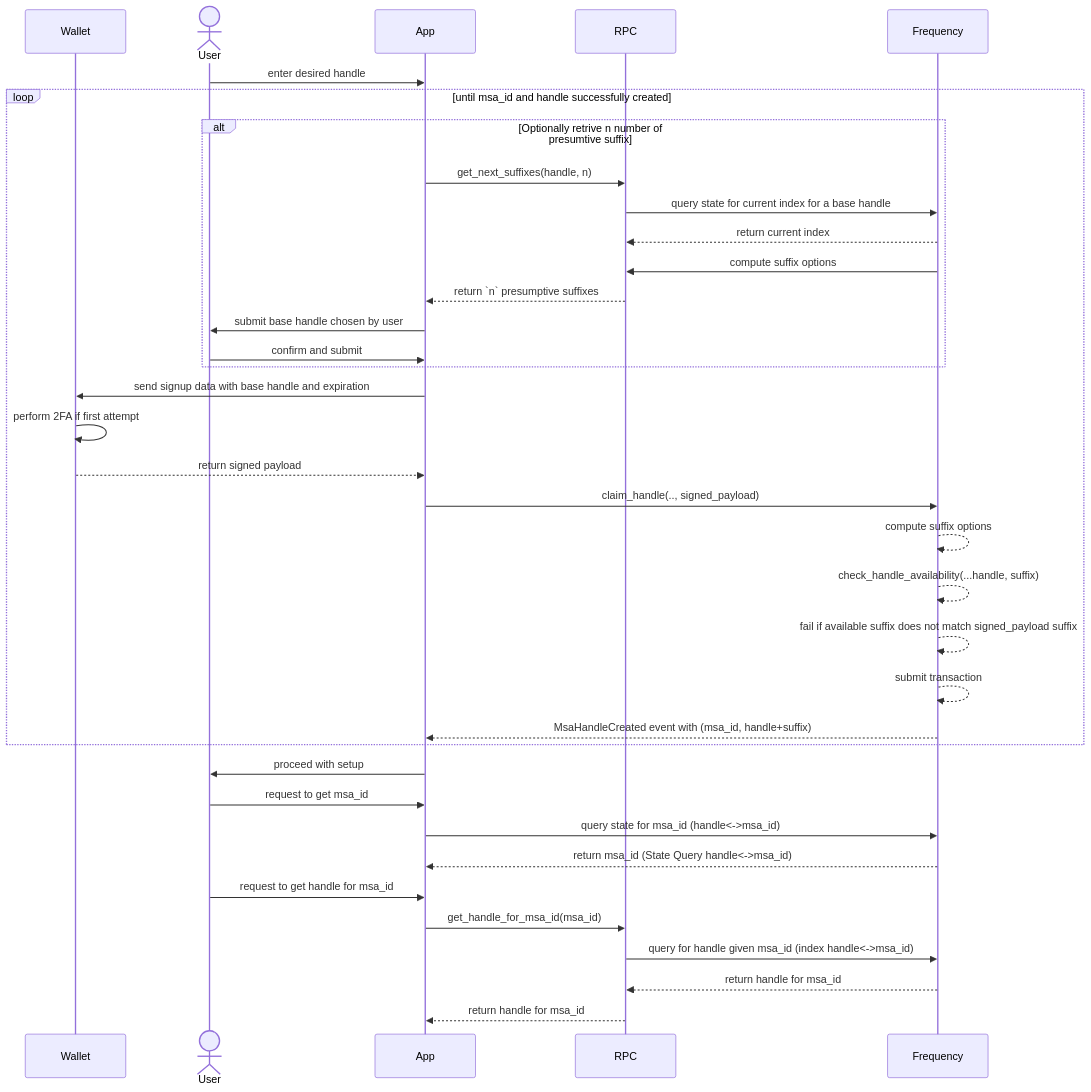
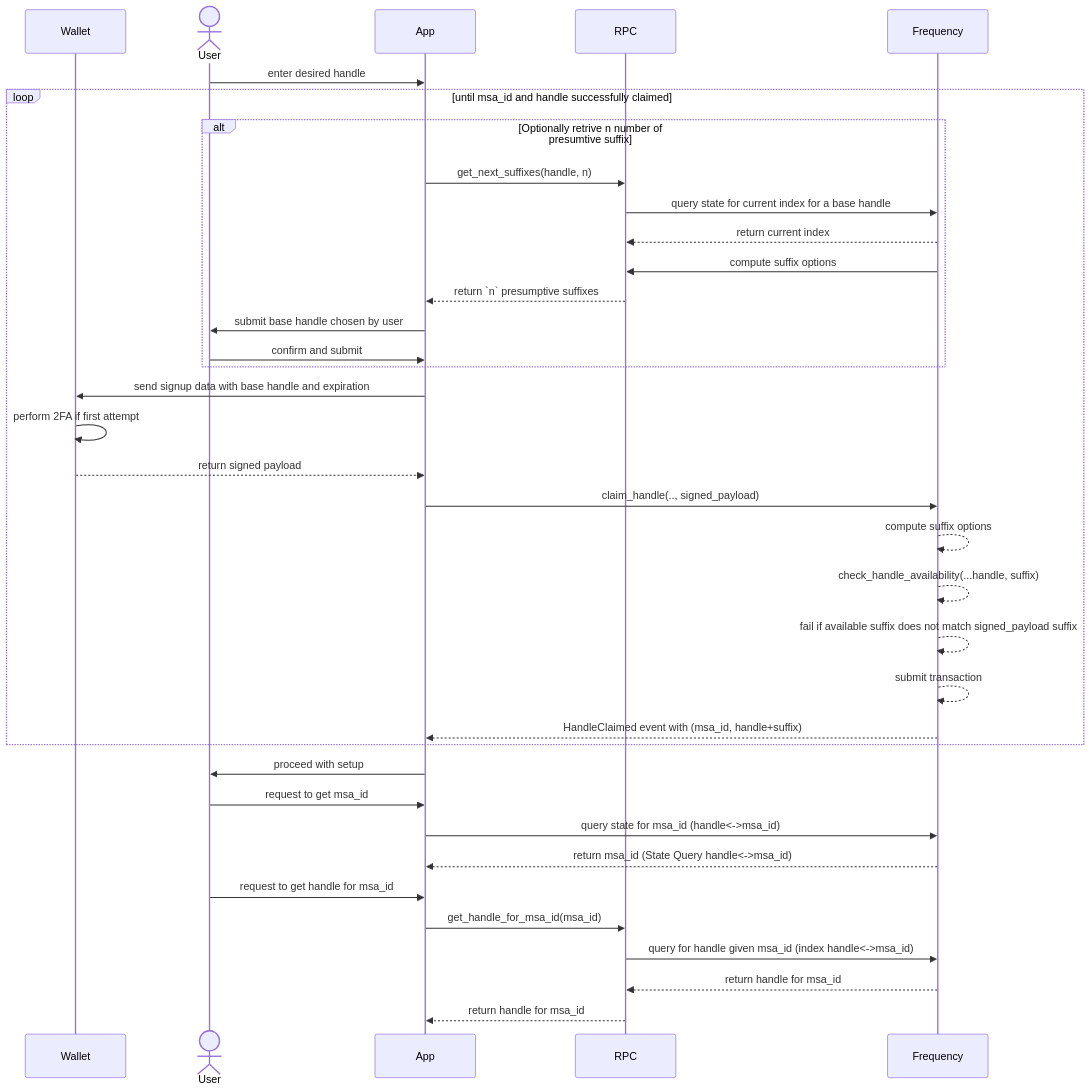
One commit to frequency-chain/frequency changed the diagram in designdocs/user-handles.md. Above: the diagram before and after it, drawn with Mermaid. The commit also changed other lines of this file, not shown here.

Commit message:
match events

````diff
--- a/designdocs/user-handles.md
+++ b/designdocs/user-handles.md
@@ -77,38 +77,38 @@
 ```mermaid
 sequenceDiagram
     participant Wallet
     actor User
     participant App
     participant RPC
     participant Frequency
     User->>App: enter desired handle
-    loop until msa_id and handle successfully created
+    loop until msa_id and handle successfully claimed
         alt Optionally retrive n number of presumtive suffix
         App->>RPC: get_next_suffixes(handle, n)
         RPC->>Frequency: query state for current index for a base handle
         Frequency-->>RPC: return current index
         Frequency->>RPC: compute suffix options
         RPC-->>App: return `n` presumptive suffixes
         App->>User: submit base handle chosen by user
         User->>App: confirm and submit
         end
         App->>Wallet: send signup data with base handle and expiration
         Wallet->>Wallet: perform 2FA if first attempt
         Wallet-->>App: return signed payload
         App->>Frequency: claim_handle(.., signed_payload)
         Frequency-->>Frequency: compute suffix options
         Frequency-->>Frequency: check_handle_availability(...handle, suffix)
         Frequency-->>Frequency: fail if available suffix does not match signed_payload suffix
         Frequency-->>Frequency: submit transaction
-        Frequency-->>App: MsaHandleCreated event with (msa_id, handle+suffix)
+        Frequency-->>App: HandleClaimed event with (msa_id, handle+suffix)
     end
     App->>User: proceed with setup
     User->>App: request to get msa_id
     App->>Frequency: query state for msa_id (handle<->msa_id)
     Frequency-->>App: return msa_id (State Query handle<->msa_id)
     User->>App: request to get handle for msa_id
     App->>RPC: get_handle_for_msa_id(msa_id)
     RPC->>Frequency: query for handle given msa_id (index handle<->msa_id)
     Frequency-->>RPC: return handle for msa_id
     RPC-->>App: return handle for msa_id
 ```
````
